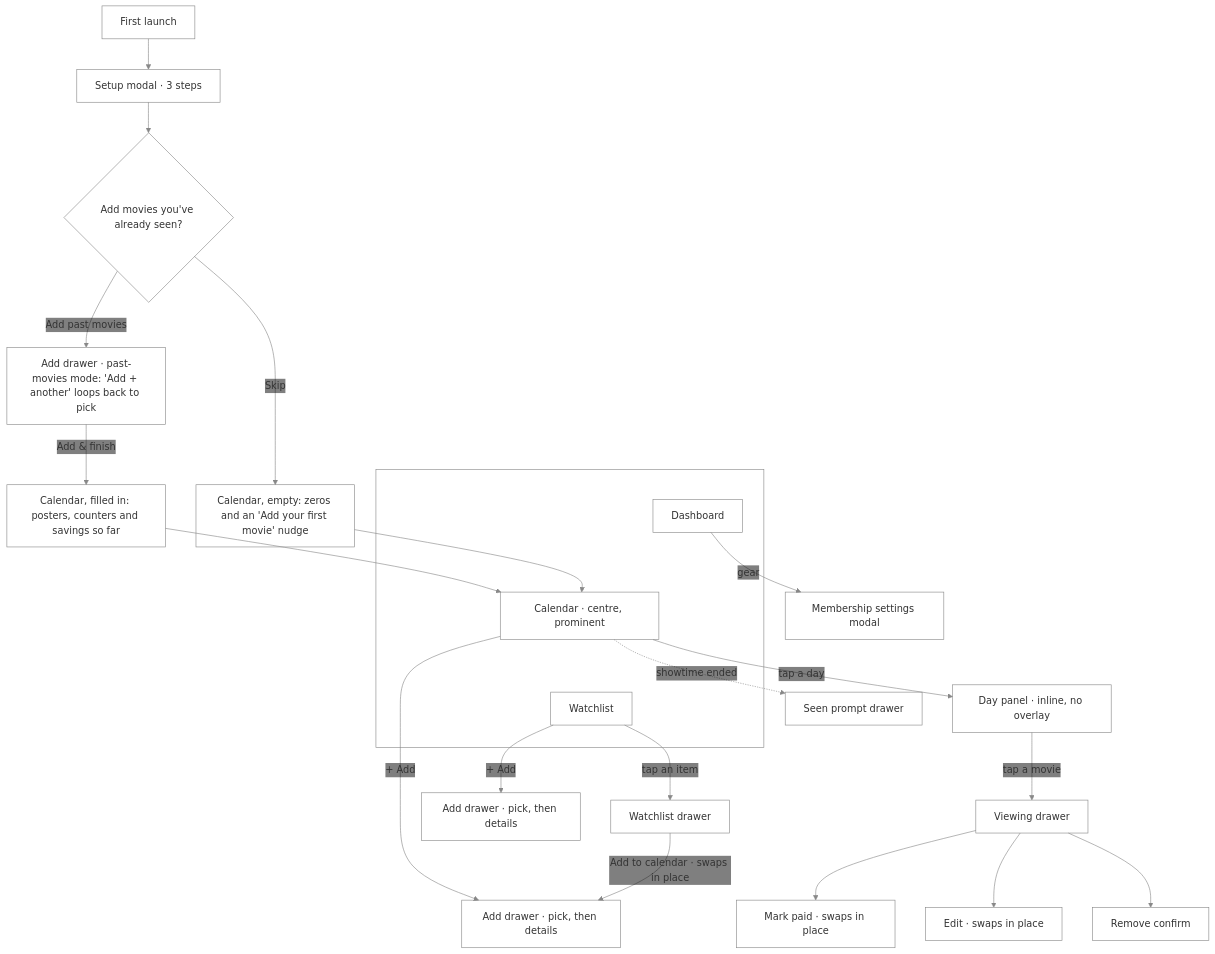
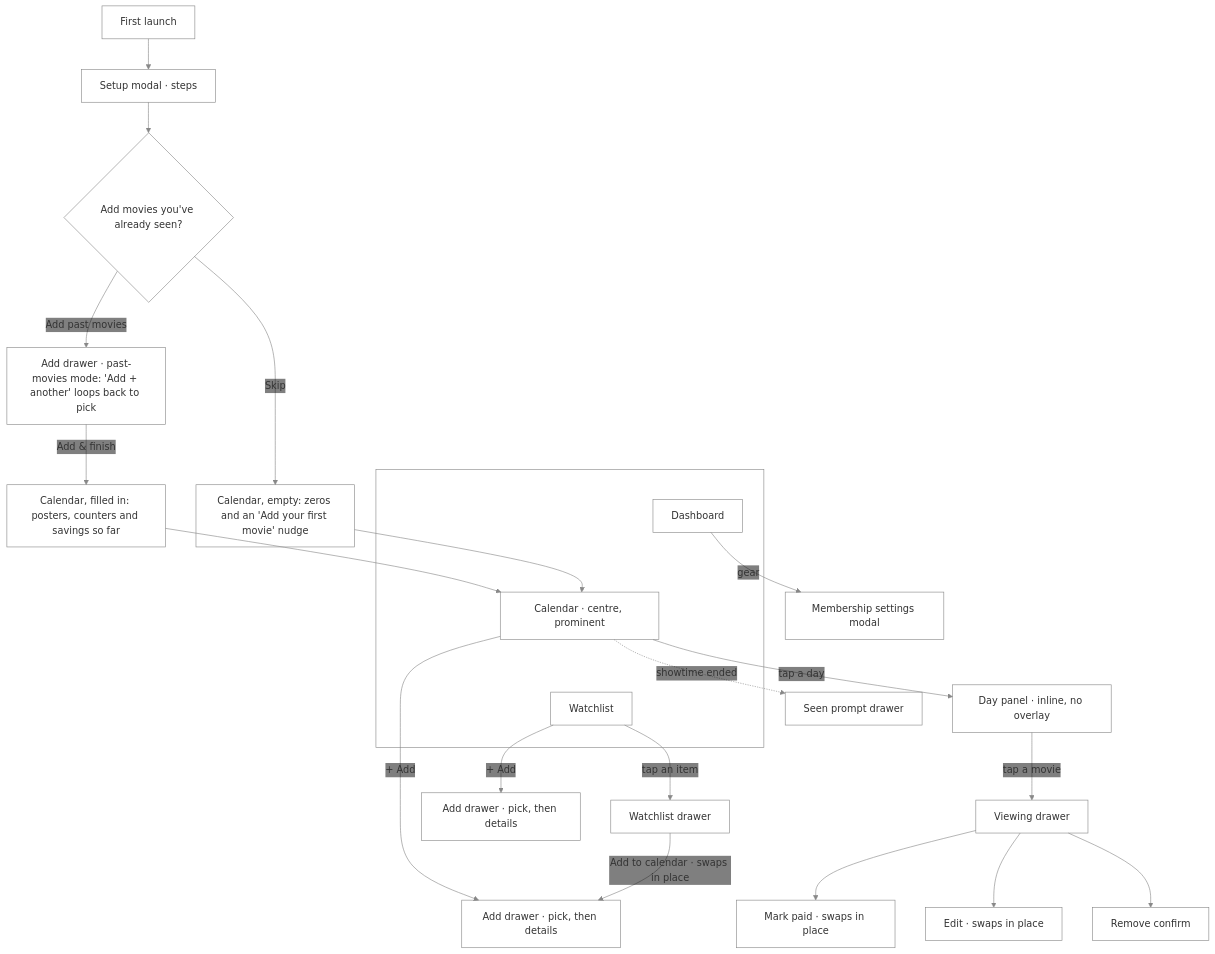
The second of 24 diagrams in src/apps/a-list/UX.md (NovaMoonX/moondreams-dev-apps), drawn with Mermaid before and after one commit. The commit also changed 12 other files, not shown here.

````diff
--- a/src/apps/a-list/UX.md
+++ b/src/apps/a-list/UX.md
@@ -48,29 +48,29 @@
 ```mermaid
 %%{init: {'theme': 'base', 'themeVariables': {'primaryColor': 'transparent', 'clusterBkg': 'transparent', 'primaryBorderColor': '#888888', 'clusterBorder': '#888888', 'lineColor': '#888888', 'primaryTextColor': '#333333'}}}%%
 flowchart TD
-    A[First launch] --> B["Setup modal · 3 steps"]
+    A[First launch] --> B["Setup modal · steps"]
     B --> C{"Add movies you've already seen?"}
     C -->|Add past movies| P["Add drawer · past-movies mode: 'Add + another' loops back to pick"]
     P -->|Add & finish| D1["Calendar, filled in: posters, counters and savings so far"]
     C -->|Skip| D2["Calendar, empty: zeros and an 'Add your first movie' nudge"]
     D1 --> D
     D2 --> D
     subgraph Bar["Bottom bar"]
         F[Dashboard]
         D["Calendar · centre, prominent"]
         E[Watchlist]
     end
     F ~~~ D ~~~ E
     D -->|tap a day| DP["Day panel · inline, no overlay"]
     DP -->|tap a movie| H[Viewing drawer]
     H --> I["Mark paid · swaps in place"]
     H --> J["Edit · swaps in place"]
     H --> K[Remove confirm]
     D -->|+ Add| G["Add drawer · pick, then details"]
     D -.->|showtime ended| L[Seen prompt drawer]
     E -->|+ Add| M["Add drawer · pick, then details"]
     E -->|tap an item| N[Watchlist drawer]
     N -->|Add to calendar · swaps in place| G
     F -->|gear| O[Membership settings modal]
     style Bar fill:transparent,stroke:#888888,stroke-width:1px;
 ```
````
